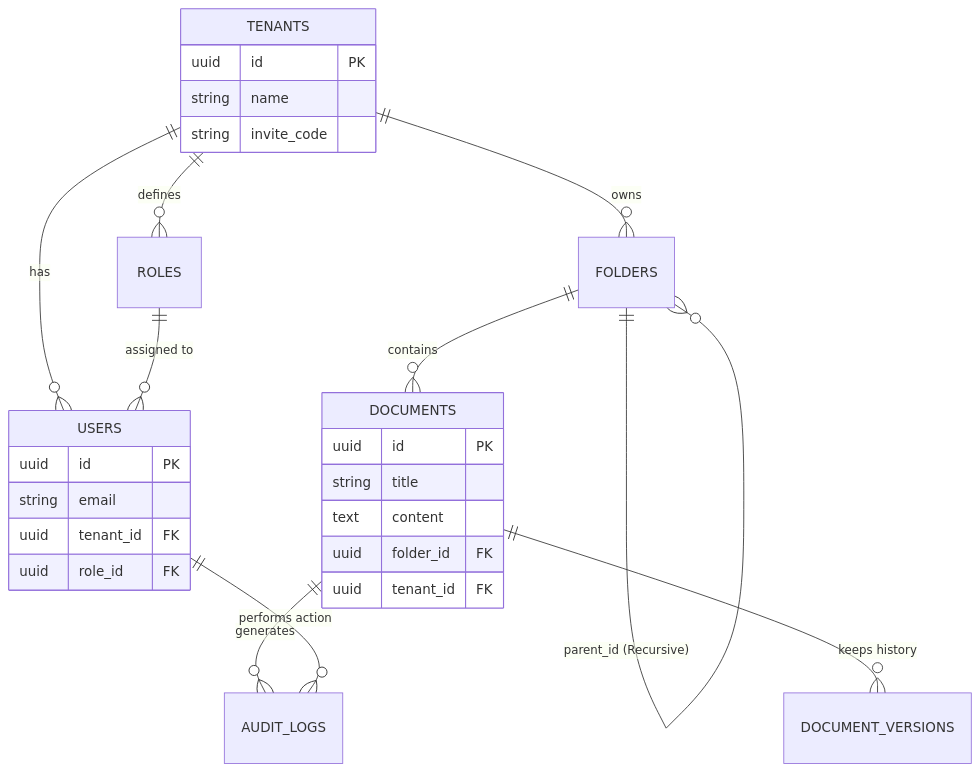
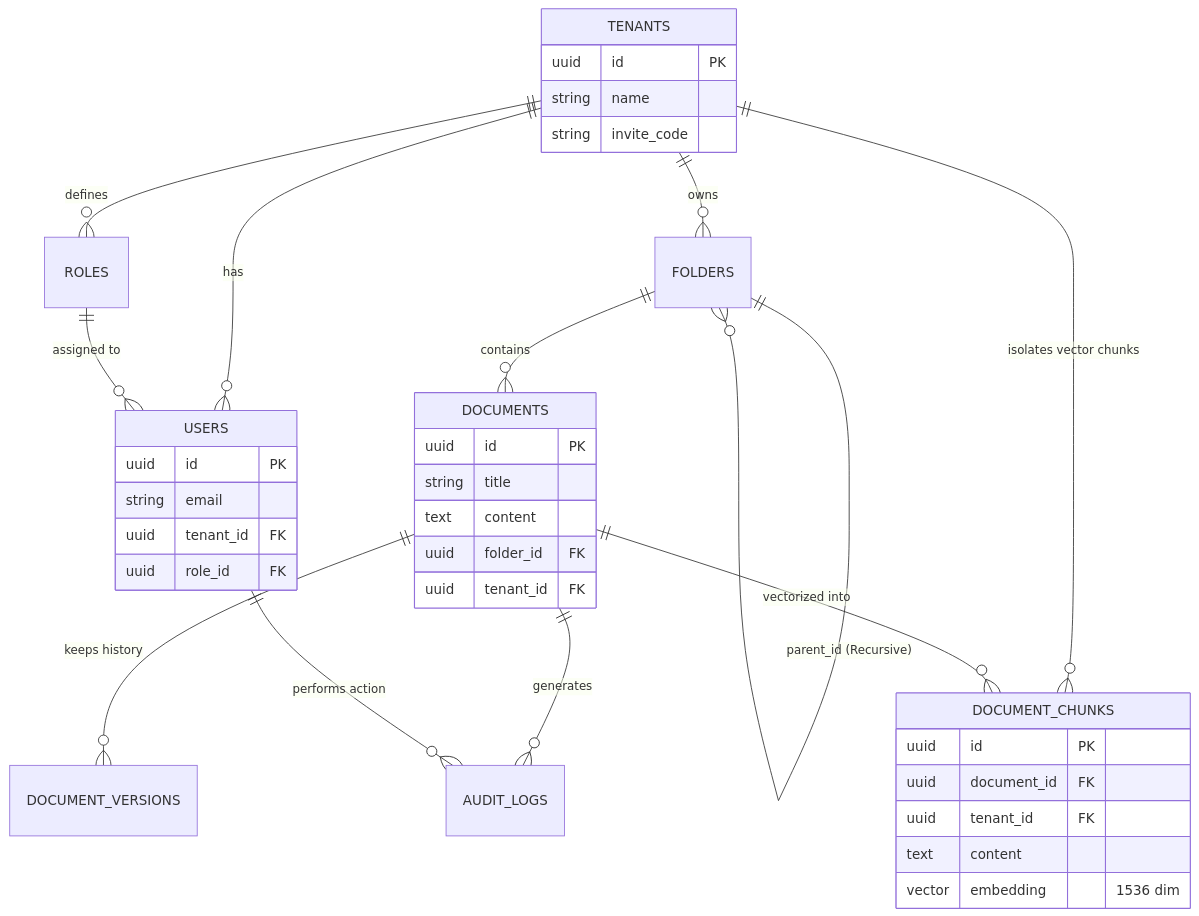
The diagram in docs/chapter3.md (cminh0929/SmartDoc-Insight), drawn with Mermaid before and after one commit. The commit also changed other lines of this file and 9 other files, not shown here.

````diff
--- a/docs/chapter3.md
+++ b/docs/chapter3.md
@@ -29,35 +29,44 @@
 ```mermaid
 erDiagram
     TENANTS ||--o{ USERS : "has"
     TENANTS ||--o{ FOLDERS : "owns"
     TENANTS ||--o{ ROLES : "defines"
-    
+    TENANTS ||--o{ DOCUMENT_CHUNKS : "isolates vector chunks"
+
     ROLES ||--o{ USERS : "assigned to"
-    
+
     FOLDERS ||--o{ FOLDERS : "parent_id (Recursive)"
     FOLDERS ||--o{ DOCUMENTS : "contains"
-    
+
     DOCUMENTS ||--o{ DOCUMENT_VERSIONS : "keeps history"
+    DOCUMENTS ||--o{ DOCUMENT_CHUNKS : "vectorized into"
     DOCUMENTS ||--o{ AUDIT_LOGS : "generates"
-    
+
     USERS ||--o{ AUDIT_LOGS : "performs action"
 
     TENANTS {
         uuid id PK
         string name
         string invite_code
     }
     USERS {
         uuid id PK
         string email
         uuid tenant_id FK
         uuid role_id FK
     }
     DOCUMENTS {
         uuid id PK
         string title
         text content
         uuid folder_id FK
         uuid tenant_id FK
     }
+    DOCUMENT_CHUNKS {
+        uuid id PK
+        uuid document_id FK
+        uuid tenant_id FK
+        text content
+        vector embedding "1536 dim"
+    }
 ```
````
